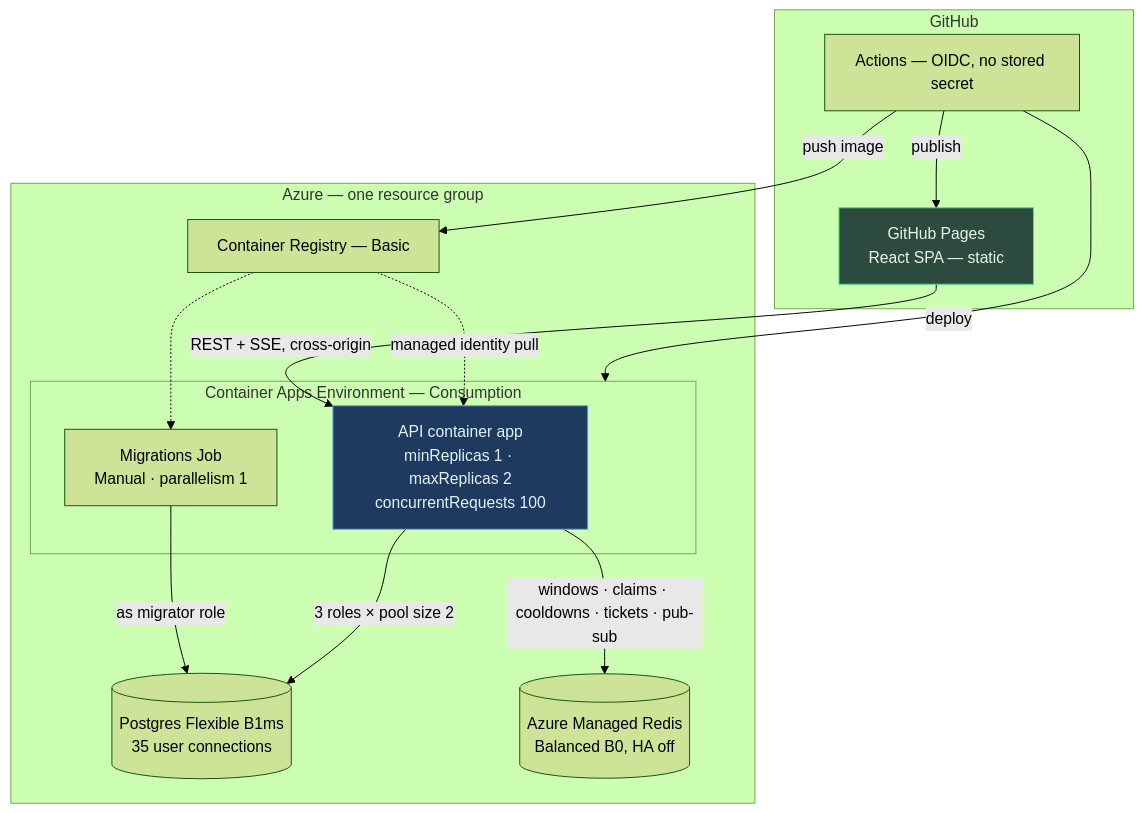
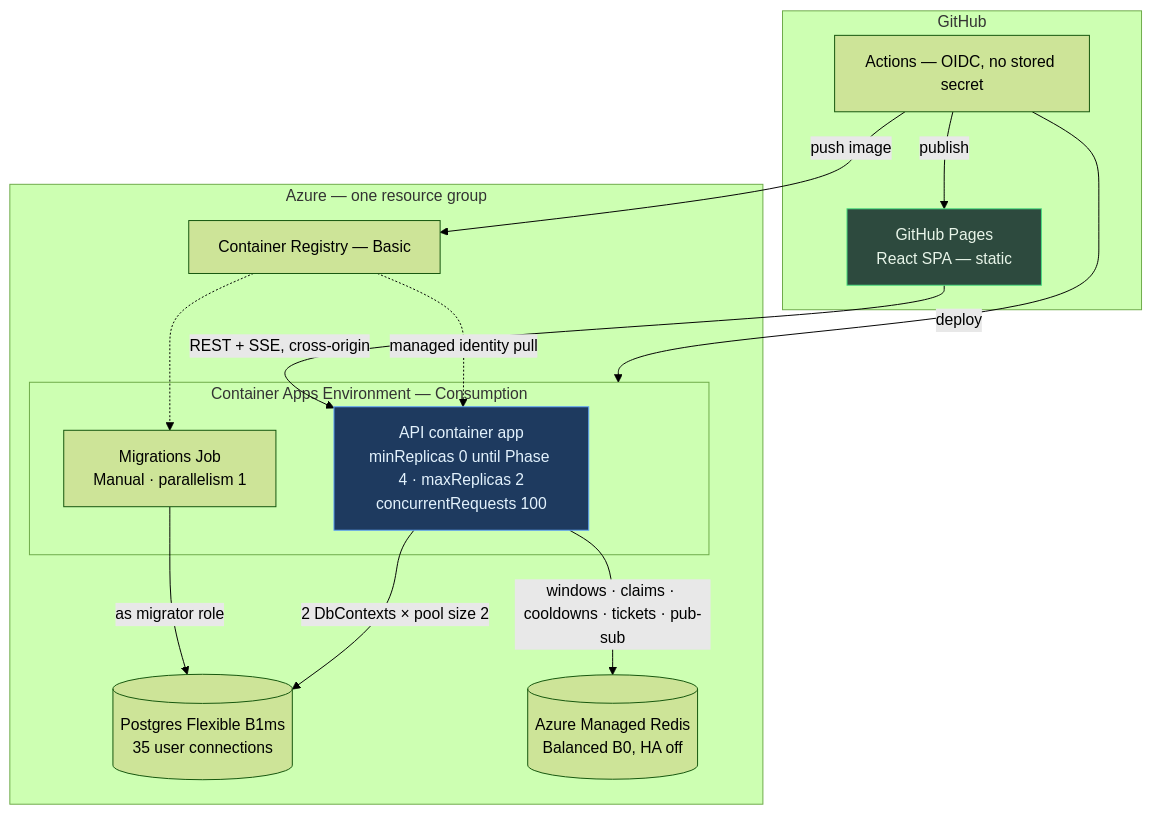
Before and after one commit to Dilicidum/StockPortfolio: the fourth of 4 diagrams in docs/plan/module-interactions.md, drawn with Mermaid (forest theme). The commit also changed other lines of this file and 91 other files, not shown here.

````diff
--- a/docs/plan/module-interactions.md
+++ b/docs/plan/module-interactions.md
@@ -190,30 +190,30 @@
 ```mermaid
 flowchart TB
     subgraph GH["GitHub"]
         Pages["GitHub Pages<br/>React SPA — static"]
         GA["Actions — OIDC, no stored secret"]
     end
 
     subgraph AZ["Azure — one resource group"]
         ACR["Container Registry — Basic"]
         subgraph ENV["Container Apps Environment — Consumption"]
-            API["API container app<br/>minReplicas 1 · maxReplicas 2<br/>concurrentRequests 100"]
+            API["API container app<br/>minReplicas 0 until Phase 4 · maxReplicas 2<br/>concurrentRequests 100"]
             JOB["Migrations Job<br/>Manual · parallelism 1"]
         end
         PG[("Postgres Flexible B1ms<br/>35 user connections")]
         RD[("Azure Managed Redis<br/>Balanced B0, HA off")]
     end
 
     Pages -->|"REST + SSE, cross-origin"| API
     GA -->|push image| ACR
     GA -->|deploy| ENV
     GA -->|publish| Pages
     ACR -.->|"managed identity pull"| API
     ACR -.-> JOB
     JOB -->|"as migrator role"| PG
-    API -->|"3 roles × pool size 2"| PG
+    API -->|"2 DbContexts × pool size 2"| PG
     API -->|"windows · claims · cooldowns · tickets · pub-sub"| RD
 
     style Pages fill:#2d4a3e,stroke:#4ade80,color:#e8f5e9
     style API fill:#1e3a5f,stroke:#60a5fa,color:#e3f2fd
 ```
````
